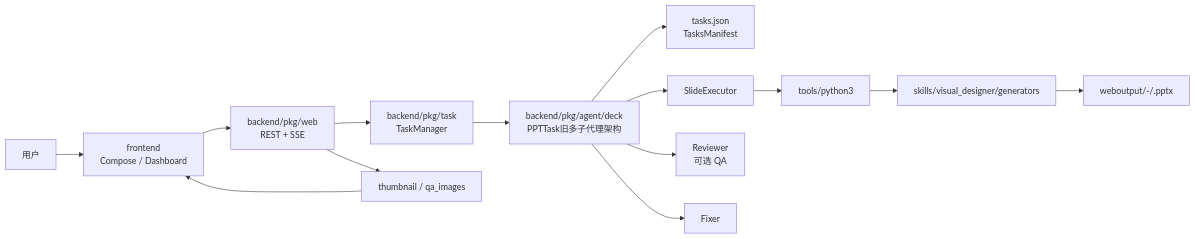
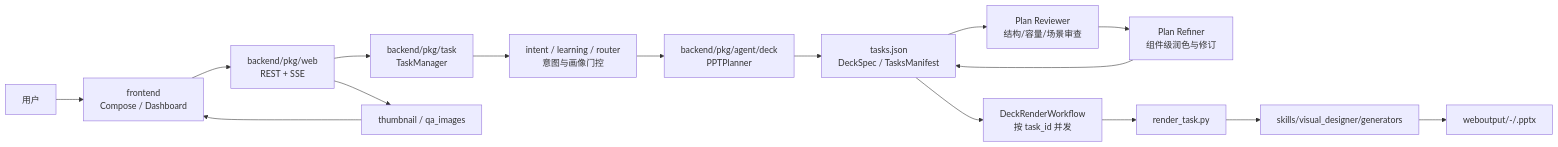
Before and after one commit to xiaobaicai66695/ppt-agent: the diagram in docs/architecture/ppt-agent-architecture-scope.md, drawn with Mermaid. The commit also changed other lines of this file and 14 other files, not shown here.

````diff
--- a/docs/architecture/ppt-agent-architecture-scope.md
+++ b/docs/architecture/ppt-agent-architecture-scope.md
@@ -16,16 +17,18 @@
 ```mermaid
 flowchart LR
   U["用户"] --> F["frontend<br/>Compose / Dashboard"]
   F --> W["backend/pkg/web<br/>REST + SSE"]
   W --> TM["backend/pkg/task<br/>TaskManager"]
-  TM --> DA["backend/pkg/agent/deck<br/>PPTTask旧多子代理架构"]
-  DA --> M["tasks.json<br/>TasksManifest"]
-  DA --> SE["SlideExecutor"]
-  DA --> R["Reviewer<br/>可选 QA"]
-  DA --> FX["Fixer"]
-  SE --> PY["tools/python3"]
+  TM --> PI["intent / learning / router<br/>意图与画像门控"]
+  PI --> PL["backend/pkg/agent/deck<br/>PPTPlanner"]
+  PL --> M["tasks.json<br/>DeckSpec / TasksManifest"]
+  M --> RV["Plan Reviewer<br/>结构/容量/场景审查"]
+  RV --> RF["Plan Refiner<br/>组件级润色与修订"]
+  RF --> M
+  M --> DR["DeckRenderWorkflow<br/>按 task_id 并发"]
+  DR --> PY["render_task.py"]
   PY --> G["skills/visual_designer/generators"]
   G --> O["weboutput/<user>-<task>/<page>.pptx"]
   W --> TH["thumbnail / qa_images"]
   TH --> F
 ```
````
